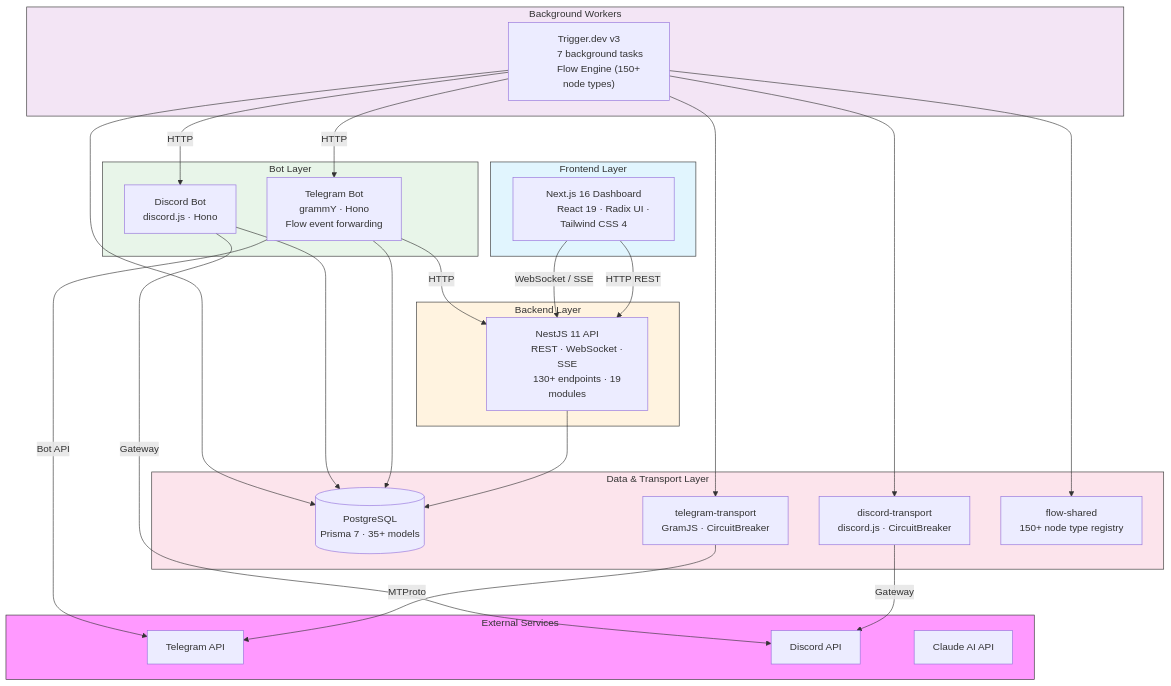
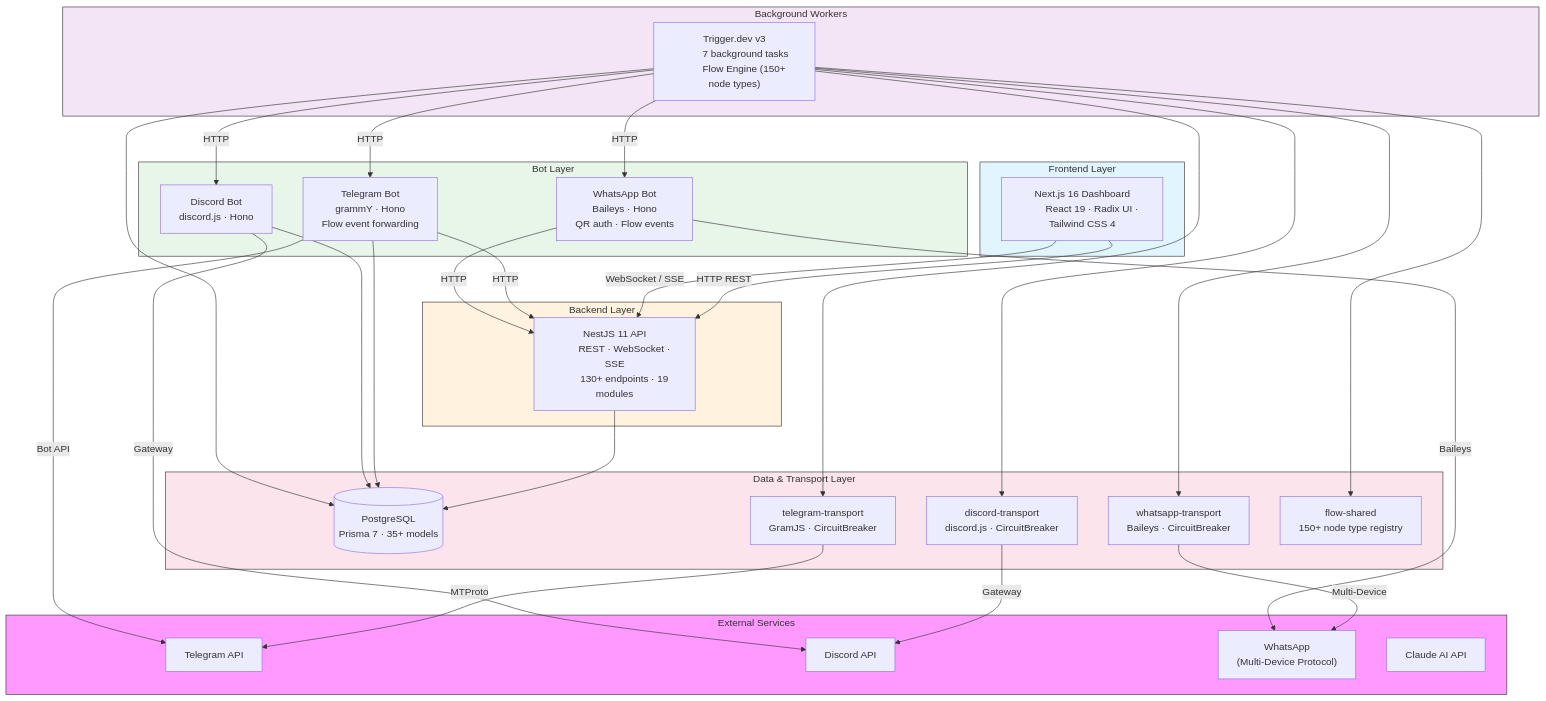
The first of 7 diagrams in README.md (kolezka/flowbot), drawn with Mermaid before and after one commit. The commit also changed other lines of this file and 1 other file, not shown here.

First line of the commit message:
docs: update README and CLAUDE.md with WhatsApp integration

```diff
--- a/README.md
+++ b/README.md
@@ -39,6 +40,8 @@
     subgraph External["External Services"]
         TG["Telegram API"]
         DC["Discord API"]
+        WA["WhatsApp
+        (Multi-Device Protocol)"]
         AI["Claude AI API"]
     end
 
@@ -59,6 +62,9 @@
         Flow event forwarding"]
         DB_BOT["Discord Bot
         discord.js &middot; Hono"]
+        WA_BOT["WhatsApp Bot
+        Baileys &middot; Hono
+        QR auth &middot; Flow events"]
     end
 
     subgraph Workers["Background Workers"]
@@ -74,6 +80,8 @@
         GramJS &middot; CircuitBreaker"]
         DC_TR["discord-transport
         discord.js &middot; CircuitBreaker"]
+        WA_TR["whatsapp-transport
+        Baileys &middot; CircuitBreaker"]
         FS["flow-shared
         150+ node type registry"]
     end
@@ -87,16 +95,21 @@
     TRIGGER --> DB
 
     TG_BOT -->|"HTTP"| API
+    WA_BOT -->|"HTTP"| API
     TRIGGER -->|"HTTP"| TG_BOT
     TRIGGER -->|"HTTP"| DB_BOT
+    TRIGGER -->|"HTTP"| WA_BOT
     TRIGGER --> TG_TR
     TRIGGER --> DC_TR
+    TRIGGER --> WA_TR
     TRIGGER --> FS
 
     TG_TR -->|"MTProto"| TG
     DC_TR -->|"Gateway"| DC
+    WA_TR -->|"Multi-Device"| WA
     TG_BOT -->|"Bot API"| TG
     DB_BOT -->|"Gateway"| DC
+    WA_BOT -->|"Baileys"| WA
 
     style External fill:#f9f,stroke:#333,stroke-width:1px
     style Frontend fill:#e1f5fe,stroke:#333,stroke-width:1px
```
